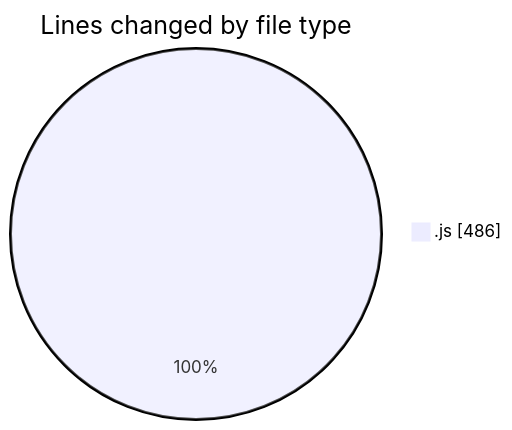
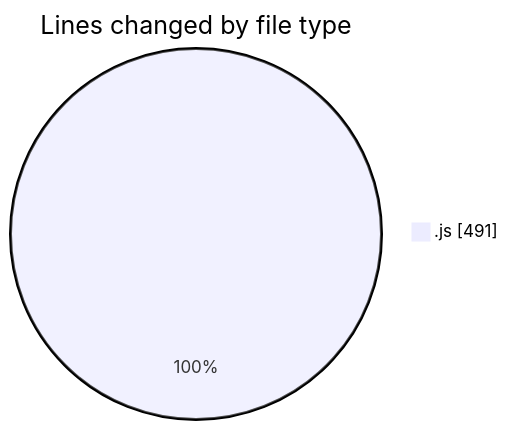
The first of 2 diagrams in 2025-08-12/cda/README.md (momahboobian/code-tracking), drawn with Mermaid before and after one commit. The commit also changed other lines of this file and 1 other file, not shown here.

````diff
--- a/2025-08-12/cda/README.md
+++ b/2025-08-12/cda/README.md
@@ -27,5 +27,5 @@
 ```mermaid
 pie showData
 title Lines changed by file type
-".js" : 486
+".js" : 491
 ```
````
